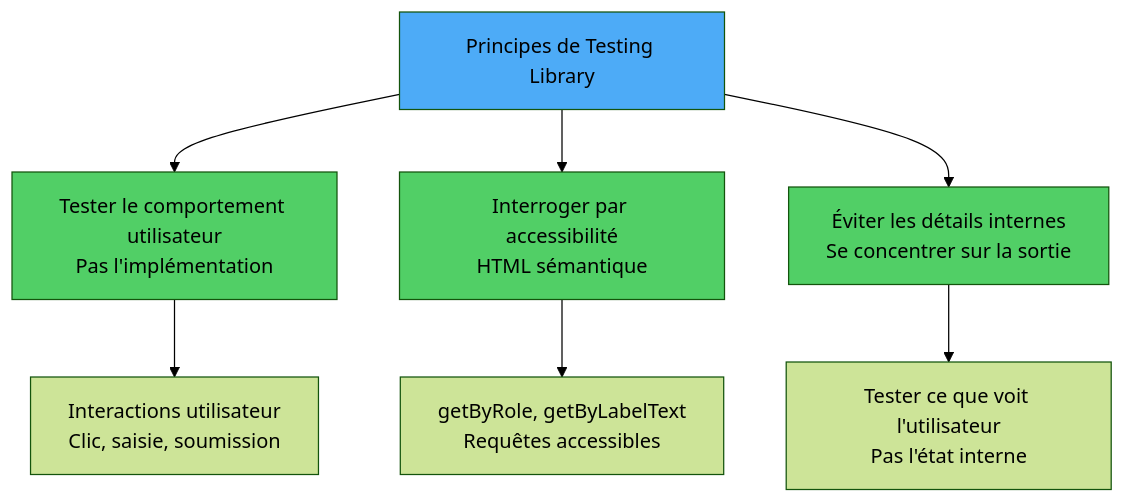
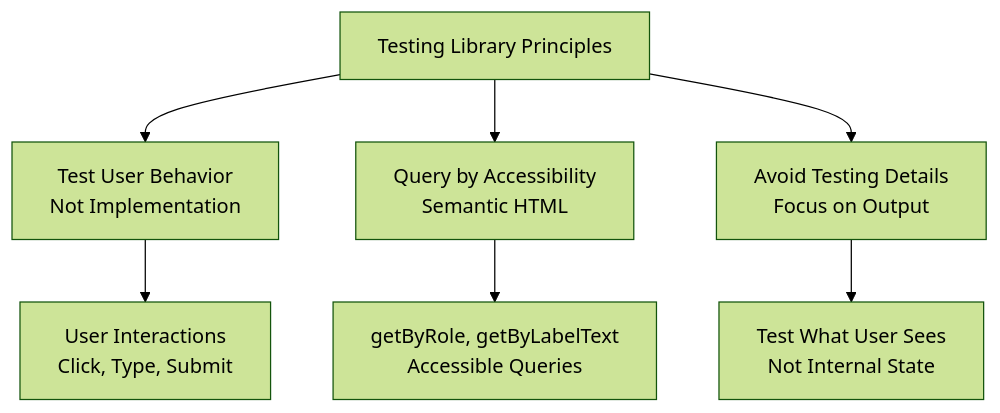
Before and after one commit to BabaScience/react-guides: the fourth of 10 diagrams in arguments/chapters/fr/10-testing.md, drawn with Mermaid (forest theme). The commit also changed other lines of this file and 29 other files, not shown here.

First line of the commit message:
Bring React FR/IT translations to full English parity + theme-safe diagrams

````diff
--- a/arguments/chapters/fr/10-testing.md
+++ b/arguments/chapters/fr/10-testing.md
@@ -119,15 +528,11 @@
 ```mermaid
 graph TD
-    A[Principes de Testing Library] --> B[Tester le comportement utilisateur<br/>Pas l'implémentation]
-    A --> C[Interroger par accessibilité<br/>HTML sémantique]
-    A --> D[Éviter les détails internes<br/>Se concentrer sur la sortie]
-
-    B --> B1[Interactions utilisateur<br/>Clic, saisie, soumission]
-    C --> C1[getByRole, getByLabelText<br/>Requêtes accessibles]
-    D --> D1[Tester ce que voit l'utilisateur<br/>Pas l'état interne]
-
-    style A fill:#4dabf7
-    style B fill:#51cf66
-    style C fill:#51cf66
-    style D fill:#51cf66
+    A[Testing Library Principles] --> B[Test User Behavior<br/>Not Implementation]
+    A --> C[Query by Accessibility<br/>Semantic HTML]
+    A --> D[Avoid Testing Details<br/>Focus on Output]
+    
+    B --> B1[User Interactions<br/>Click, Type, Submit]
+    C --> C1[getByRole, getByLabelText<br/>Accessible Queries]
+    D --> D1[Test What User Sees<br/>Not Internal State]
+    
 ```
````
